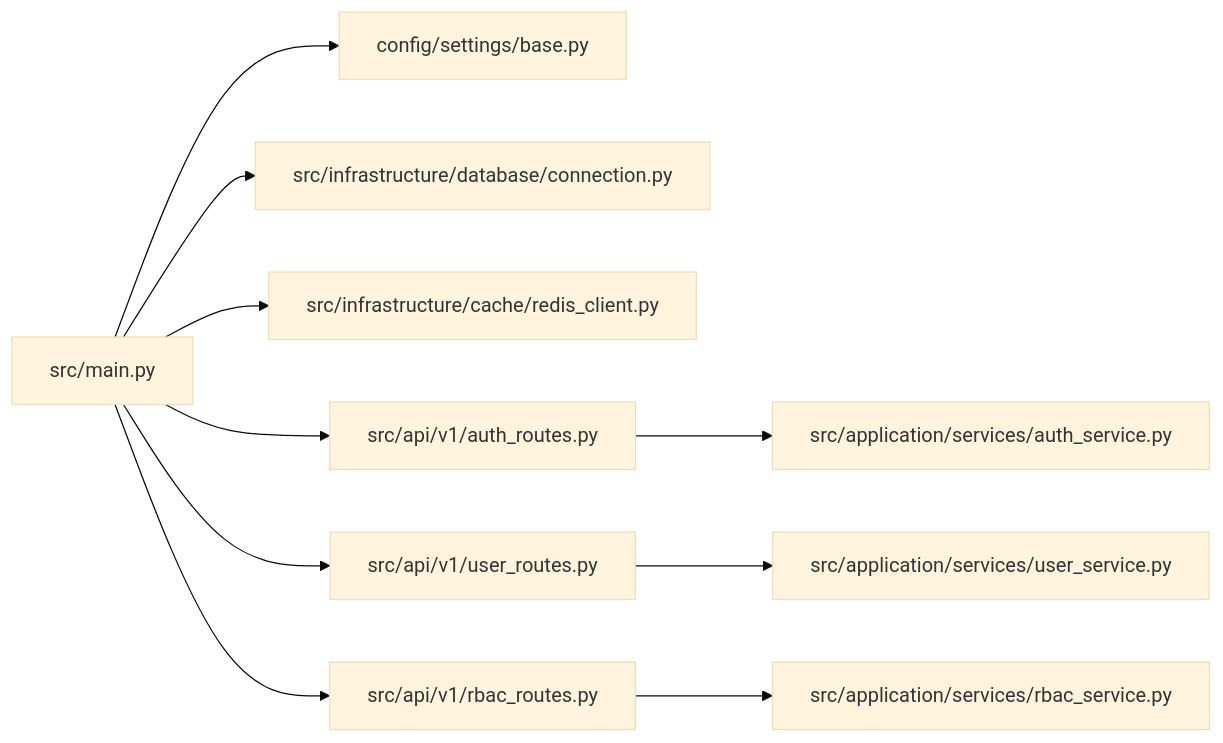
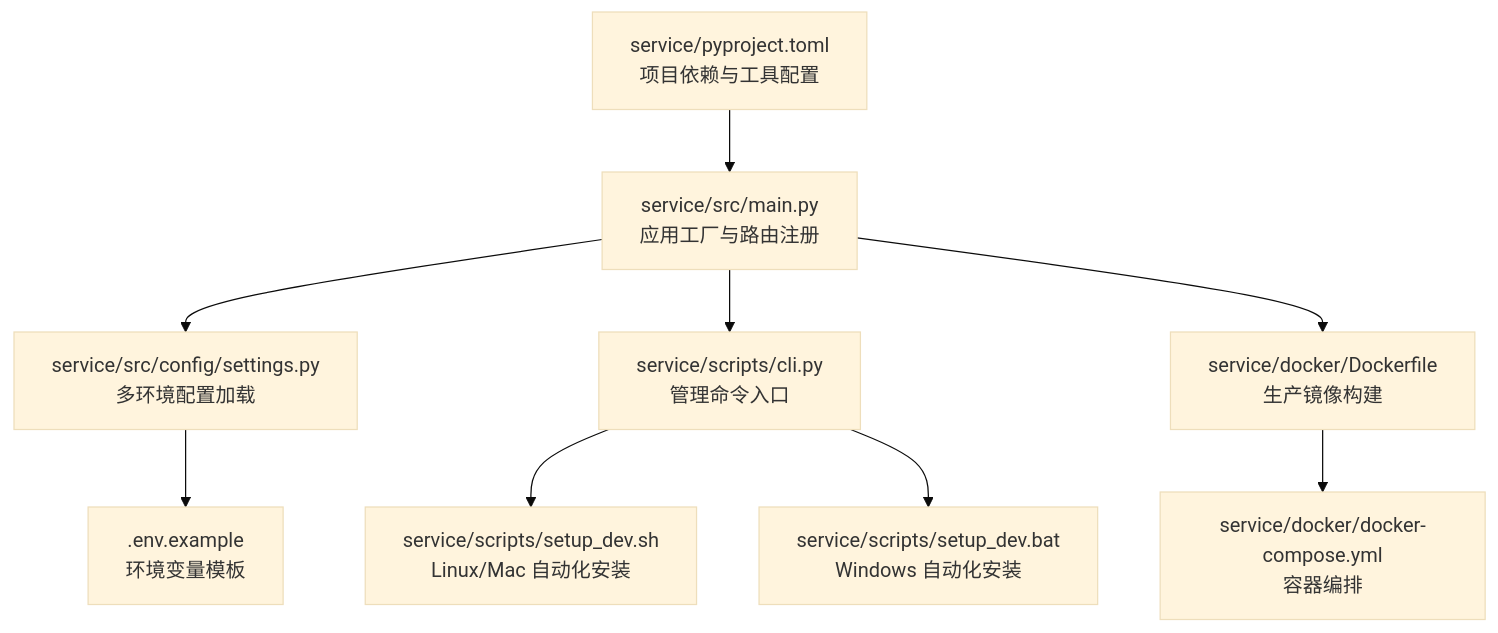
Before and after one commit to taoweidong/Hello-FastApi: the first of 3 diagrams in .qoder/repowiki/zh/content/快速开始.md, drawn with Mermaid (base theme). The commit also changed other lines of this file and 119 other files, not shown here.

````diff
--- a/.qoder/repowiki/zh/content/快速开始.md
+++ b/.qoder/repowiki/zh/content/快速开始.md
@@ -241,12 +41,11 @@
 ```mermaid
-graph LR
-MAIN["src/main.py"] --> CFG["config/settings/base.py"]
-MAIN --> DB["src/infrastructure/database/connection.py"]
-MAIN --> REDIS["src/infrastructure/cache/redis_client.py"]
-MAIN --> AUTH["src/api/v1/auth_routes.py"]
-MAIN --> USER["src/api/v1/user_routes.py"]
-MAIN --> RBAC["src/api/v1/rbac_routes.py"]
-AUTH --> SVC_AUTH["src/application/services/auth_service.py"]
-USER --> SVC_USER["src/application/services/user_service.py"]
-RBAC --> SVC_RBAC["src/application/services/rbac_service.py"]
+graph TB
+A["service/pyproject.toml<br/>项目依赖与工具配置"] --> B["service/src/main.py<br/>应用工厂与路由注册"]
+B --> C["service/src/config/settings.py<br/>多环境配置加载"]
+B --> D["service/scripts/cli.py<br/>管理命令入口"]
+D --> E["service/scripts/setup_dev.sh<br/>Linux/Mac 自动化安装"]
+D --> F["service/scripts/setup_dev.bat<br/>Windows 自动化安装"]
+B --> G["service/docker/Dockerfile<br/>生产镜像构建"]
+G --> H["service/docker/docker-compose.yml<br/>容器编排"]
+C --> I[".env.example<br/>环境变量模板"]
 ```
````
